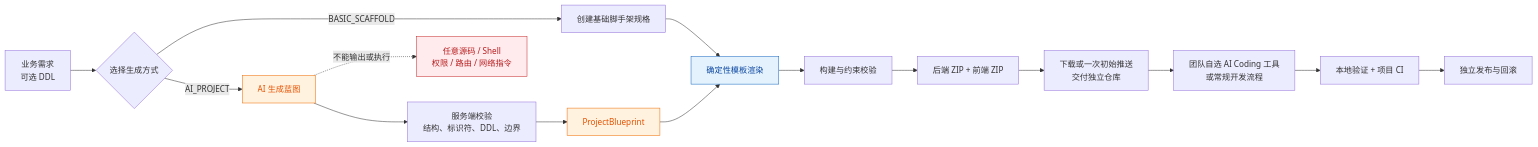
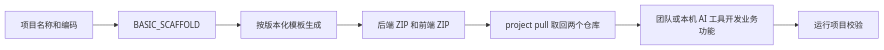
One commit to kaiwuzaidao/kaiwu-system-service changed the second of 7 diagrams in docs/ARCHITECTURE-GUIDE.md. Above: the diagram before and after it, drawn with Mermaid. The commit also changed other lines of this file and 18 other files, not shown here.

````diff
--- a/docs/ARCHITECTURE-GUIDE.md
+++ b/docs/ARCHITECTURE-GUIDE.md
@@ -94,23 +90,9 @@
 ```mermaid
 flowchart LR
-    Input["业务需求<br/>可选 DDL"] --> Mode{"选择生成方式"}
-    Mode -->|"AI_PROJECT"| AI["AI 生成蓝图"]
-    Mode -->|"BASIC_SCAFFOLD"| Basic["创建基础脚手架规格"]
-    AI --> Validate["服务端校验<br/>结构、标识符、DDL、边界"]
-    Validate --> Blueprint["ProjectBlueprint"]
-    Basic --> Render
-    Blueprint --> Render["确定性模板渲染"]
-    Render --> Verify["构建与约束校验"]
-    Verify --> Artifacts["后端 ZIP + 前端 ZIP"]
-    Artifacts --> Handoff["下载或一次初始推送<br/>交付独立仓库"]
-    Handoff --> Coding["团队自选 AI Coding 工具<br/>或常规开发流程"]
-    Coding --> ProjectCI["本地验证 + 项目 CI"]
-    ProjectCI --> Release["独立发布与回滚"]
-
-    AI -. "不能输出或执行" .-> Rejected["任意源码 / Shell<br/>权限 / 路由 / 网络指令"]
-
-    style AI fill:#fff3e0,stroke:#ef6c00,color:#e65100
-    style Blueprint fill:#fff3e0,stroke:#ef6c00,color:#e65100
-    style Render fill:#e3f2fd,stroke:#1565c0,color:#0d47a1
-    style Rejected fill:#ffebee,stroke:#c62828,color:#b71c1c
+    Input["项目名称和编码"] --> Basic["BASIC_SCAFFOLD"]
+    Basic --> Render["按版本化模板生成"]
+    Render --> Artifacts["后端 ZIP 和前端 ZIP"]
+    Artifacts --> Pull["project pull 取回两个仓库"]
+    Pull --> Coding["团队或本机 AI 工具开发业务功能"]
+    Coding --> Verify["运行项目校验"]
 ```
````
